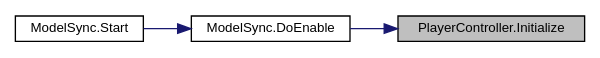
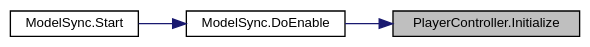
Before and after one commit to AleixFerre/TFG-Docs: the diagram in docs/class_player_controller_a75e94e4fd555e57e55ab4b7e54024dcf_icgraph.dot, drawn with Graphviz. The commit also changed 448 other files, not shown here.

```diff
--- a/docs/class_player_controller_a75e94e4fd555e57e55ab4b7e54024dcf_icgraph.dot
+++ b/docs/class_player_controller_a75e94e4fd555e57e55ab4b7e54024dcf_icgraph.dot
@@ -1,13 +1,14 @@
 digraph "PlayerController.Initialize"
 {
  // INTERACTIVE_SVG=YES
  // LATEX_PDF_SIZE
+  bgcolor="transparent";
   edge [fontname="Helvetica",fontsize="10",labelfontname="Helvetica",labelfontsize="10"];
   node [fontname="Helvetica",fontsize="10",shape=record];
   rankdir="RL";
   Node1 [label="PlayerController.Initialize",height=0.2,width=0.4,color="black", fillcolor="grey75", style="filled", fontcolor="black",tooltip="Initialize the PlayerController."];
   Node1 -> Node2 [dir="back",color="midnightblue",fontsize="10",style="solid",fontname="Helvetica"];
-  Node2 [label="ModelSync.DoEnable",height=0.2,width=0.4,color="black", fillcolor="white", style="filled",URL="$class_model_sync.html#ab8359f73ae31a7f926c80ebcd7e9444a",tooltip="This starts all the initialization chain for the player."];
+  Node2 [label="ModelSync.DoEnable",height=0.2,width=0.4,color="black",URL="$class_model_sync.html#ab8359f73ae31a7f926c80ebcd7e9444a",tooltip="This starts all the initialization chain for the player."];
   Node2 -> Node3 [dir="back",color="midnightblue",fontsize="10",style="solid",fontname="Helvetica"];
-  Node3 [label="ModelSync.Start",height=0.2,width=0.4,color="black", fillcolor="white", style="filled",URL="$class_model_sync.html#a47be08ee3bbd2a173514e74da3dd65cb",tooltip=" "];
+  Node3 [label="ModelSync.Start",height=0.2,width=0.4,color="black",URL="$class_model_sync.html#a47be08ee3bbd2a173514e74da3dd65cb",tooltip=" "];
 }
```
